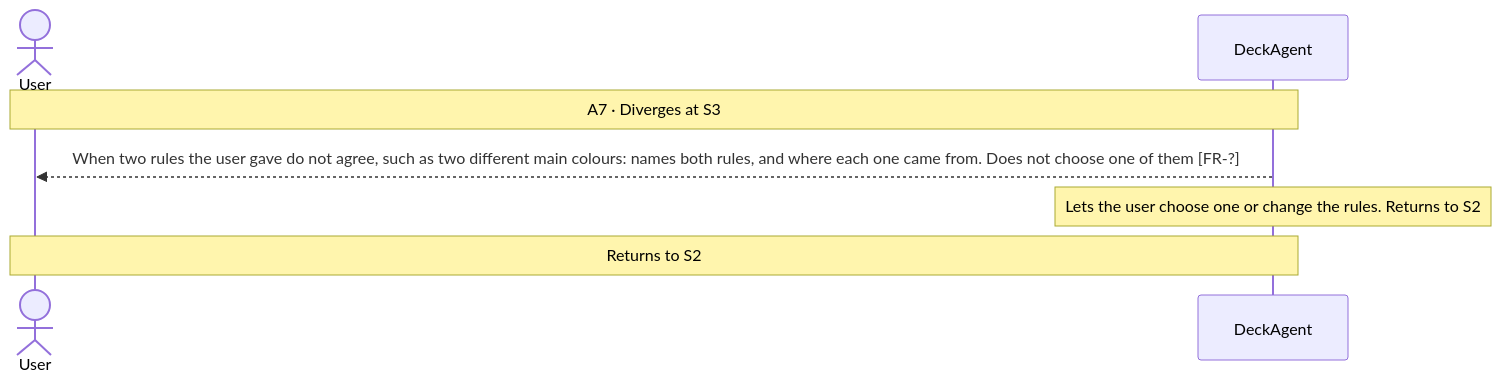
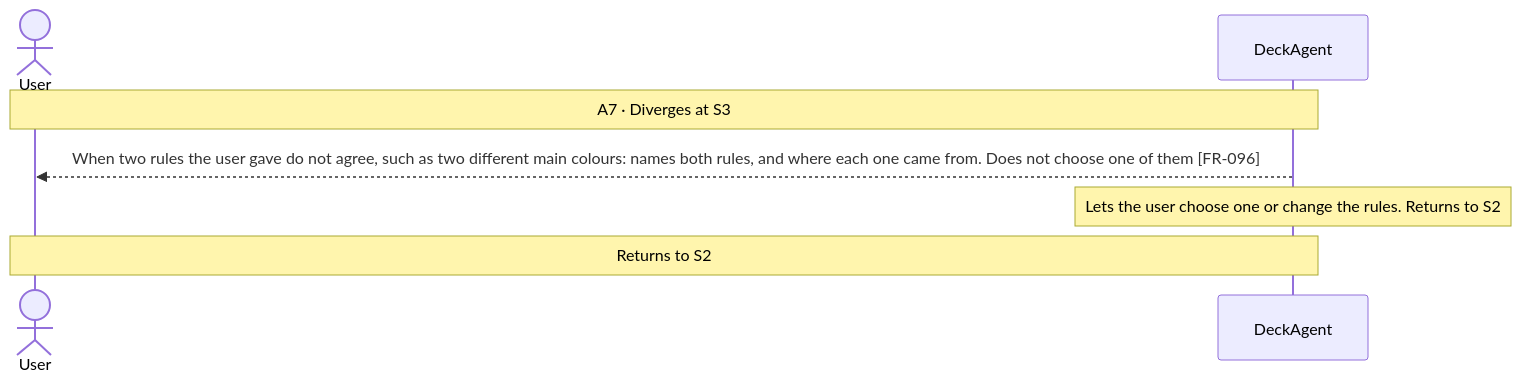
One commit to Luke23127006/DeckAgent changed the eighth of 8 diagrams in docs/spec/03-use-cases/UC-010.md. Above: the diagram before and after it, drawn with Mermaid. The commit also changed other lines of this file and 31 other files, not shown here.

````diff
--- a/docs/spec/03-use-cases/UC-010.md
+++ b/docs/spec/03-use-cases/UC-010.md
@@ -138,9 +139,9 @@
 ```mermaid
 sequenceDiagram
     actor User
     participant DeckAgent
     Note over User,DeckAgent: A7 · Diverges at S3
-    DeckAgent-->>User: When two rules the user gave do not agree, such as two different main colours: names both rules, and where each one came from. Does not choose one of them [FR-?]
+    DeckAgent-->>User: When two rules the user gave do not agree, such as two different main colours: names both rules, and where each one came from. Does not choose one of them [FR-096]
     note over DeckAgent: Lets the user choose one or change the rules. Returns to S2
     Note over User,DeckAgent: Returns to S2
 ```
````
